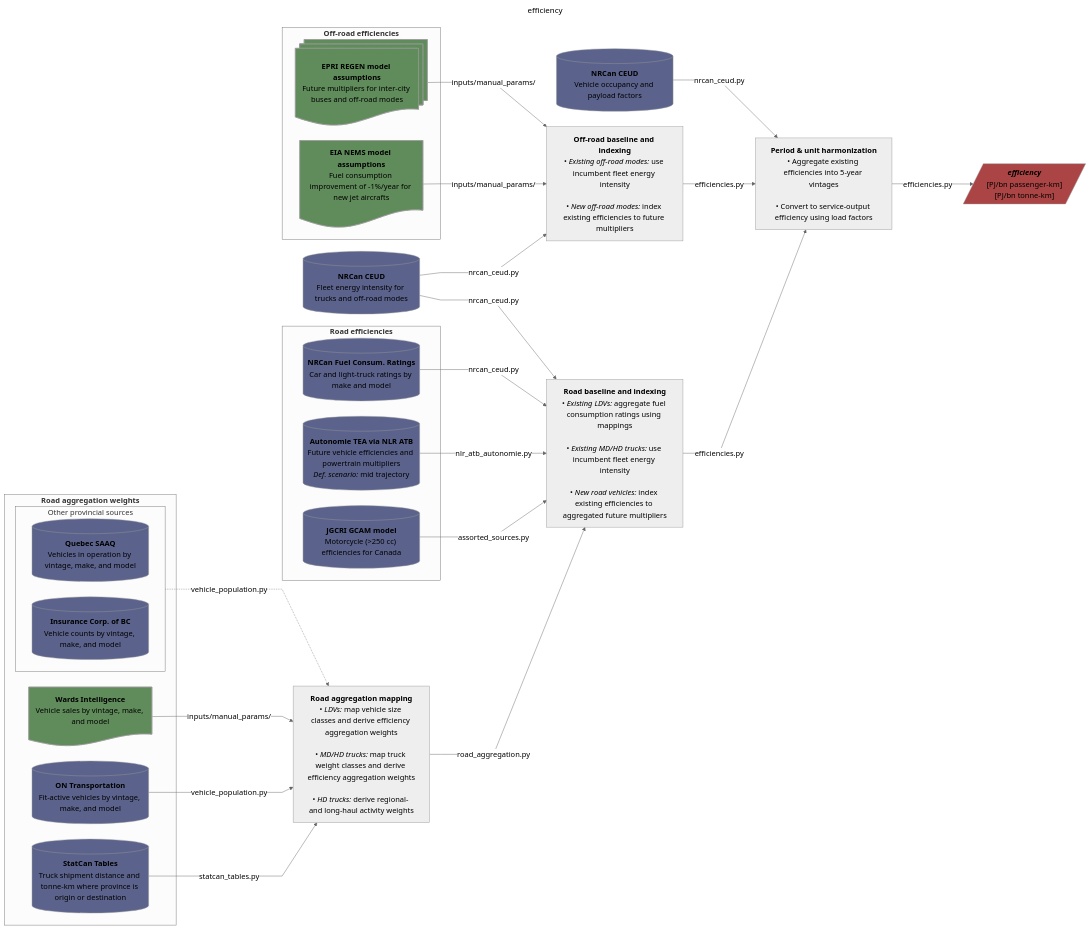
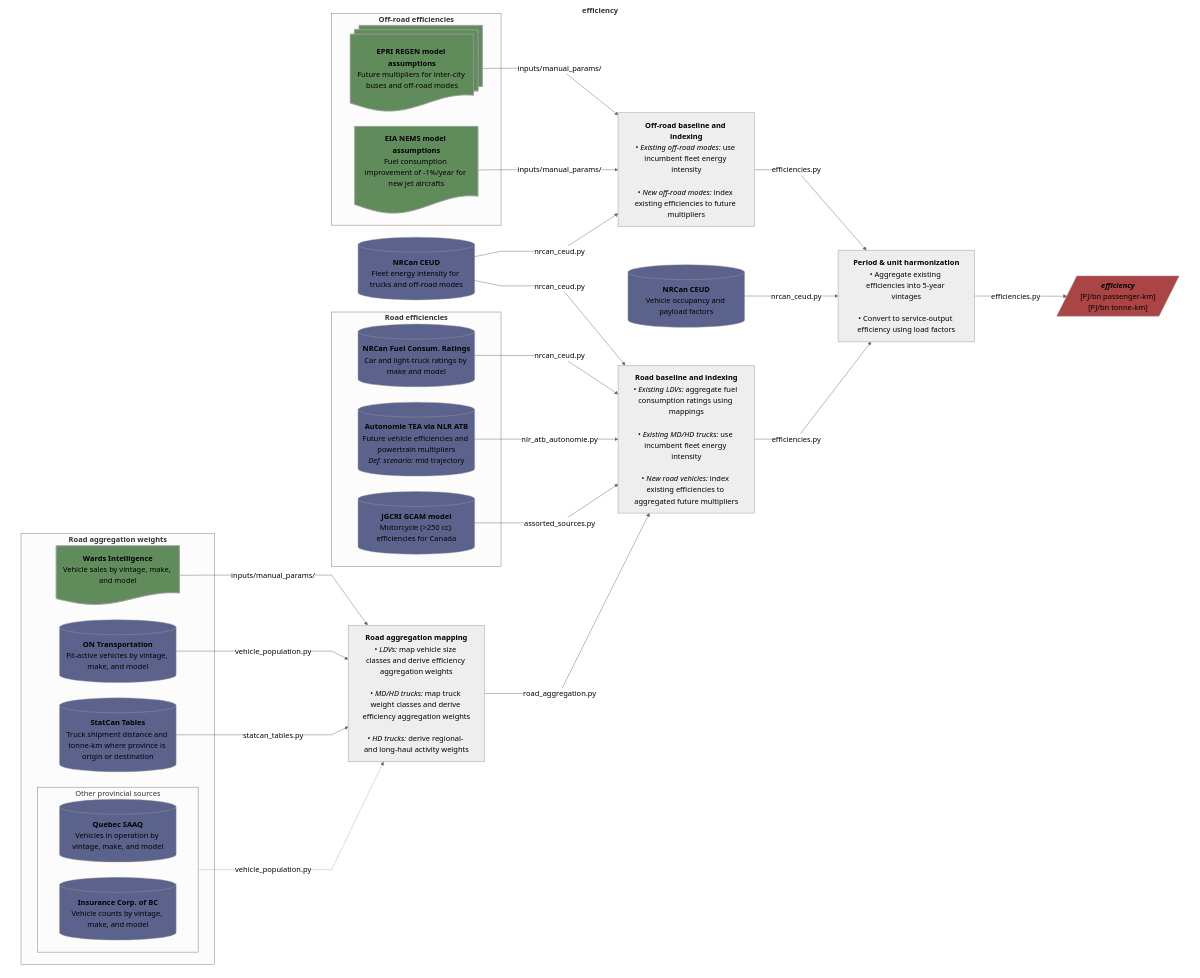
The seventh of 9 diagrams in README.md (CANOE-main/canoe-transportation), drawn with Mermaid before and after one commit. The commit also changed other lines of this file and 4 other files, not shown here.

Commit message:
Fixed README.md flowcharts' background and reverted utils/ into utils.py, - enclosed all diagrams inside a blank subgraph to always render a white background

````diff
--- a/README.md
+++ b/README.md
@@ -477,6 +489,5 @@
 ```mermaid
 ---
-title: efficiency
 config:
   layout: dagre
   theme: neutral
@@ -489,6 +500,8 @@
     curve: linear
 ---
 flowchart LR
+  subgraph canvas["`**efficiency**`"]
+  direction LR
   %% --- Sources ---
   subgraph road["`**Road efficiencies**`"]
 	  s1[("`**NRCan Fuel Consum. Ratings**<br>Car and light-truck ratings by make and model`")]
@@ -524,6 +537,8 @@
   s2 -- nlr_atb_autonomie.py --> p2
   s2_2 -- assorted_sources.py --> p2
   p0 -- road_aggregation.py --> p2
+  
+  s9 -- nrcan_ceud.py --> p4
 	  
   p3["`**Off-road baseline and indexing**<br>• *Existing off-road modes:* use incumbent fleet energy intensity<br><br>• *New off-road modes:* index existing efficiencies to future multipliers`"]
   s7 -- inputs/manual_params/ --> p3
@@ -532,13 +547,14 @@
   s0 -- nrcan_ceud.py --> p2 & p3
   
   p4["`**Period & unit harmonization**<br>• Aggregate existing efficiencies into 5-year vintages<br><br>• Convert to service-output efficiency using load factors`"]
-  s9 -- nrcan_ceud.py --> p4
   p2 -- efficiencies.py --> p4
   p3 -- efficiencies.py --> p4
 
   p4 -- efficiencies.py --> o1[/"`***efficiency***<br>[PJ/bn passenger-km]<br>[PJ/bn tonne-km]`"/]
+  end
 
   %% --- Styling ---
+  style canvas fill:#ffffff,stroke:#ffffff
   classDef database fill:#5b638c
   classDef doc fill:#608c5b
   classDef output fill:#ab4444
````
